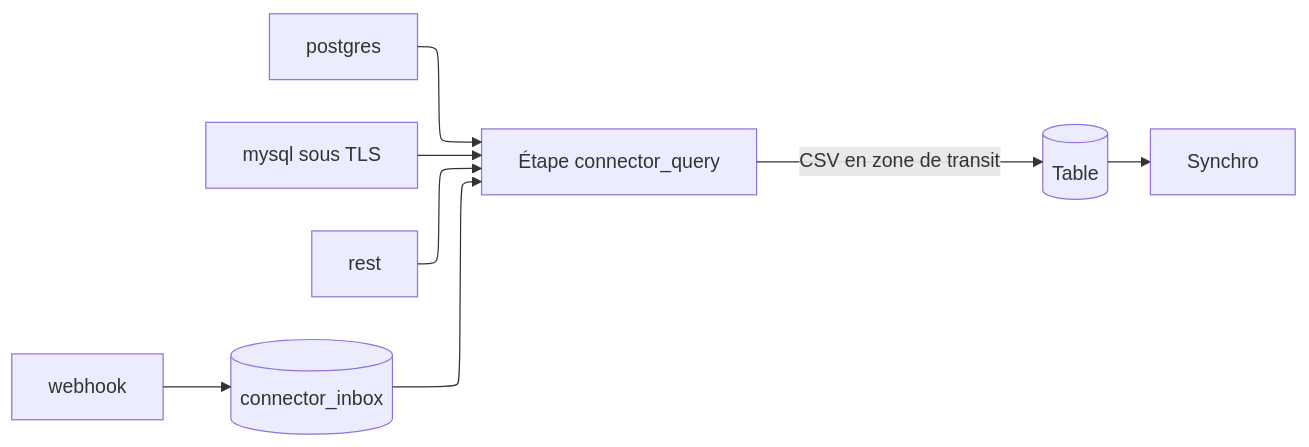
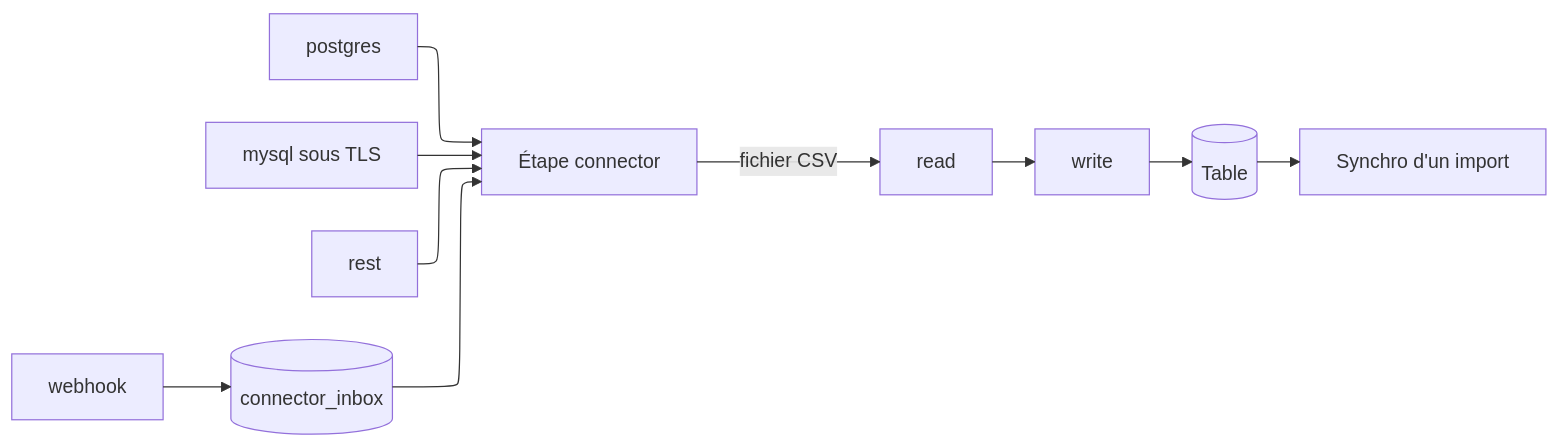
Before and after one commit to Pnex/pnex-rs: diagram 13 of 18 in docs/architecture/pipelines.md, drawn with Mermaid. The commit also changed other lines of this file and 32 other files, not shown here.

````diff
--- a/docs/architecture/pipelines.md
+++ b/docs/architecture/pipelines.md
@@ -323,14 +322,16 @@
 ```mermaid
 ---
 config:
   layout: elk
 ---
 flowchart LR
-  pg[postgres] --> q[Étape connector_query]
+  pg[postgres] --> q[Étape connector]
   my[mysql sous TLS] --> q
   rest[rest] --> q
   wh[webhook] --> box[(connector_inbox)]
   box --> q
-  q -->|CSV en zone de transit| tab[(Table)]
-  tab --> sync[Synchro]
+  q -->|fichier CSV| rd[read]
+  rd --> w[write]
+  w --> tab[(Table)]
+  tab --> sync[Synchro d'un import]
 ```
````
